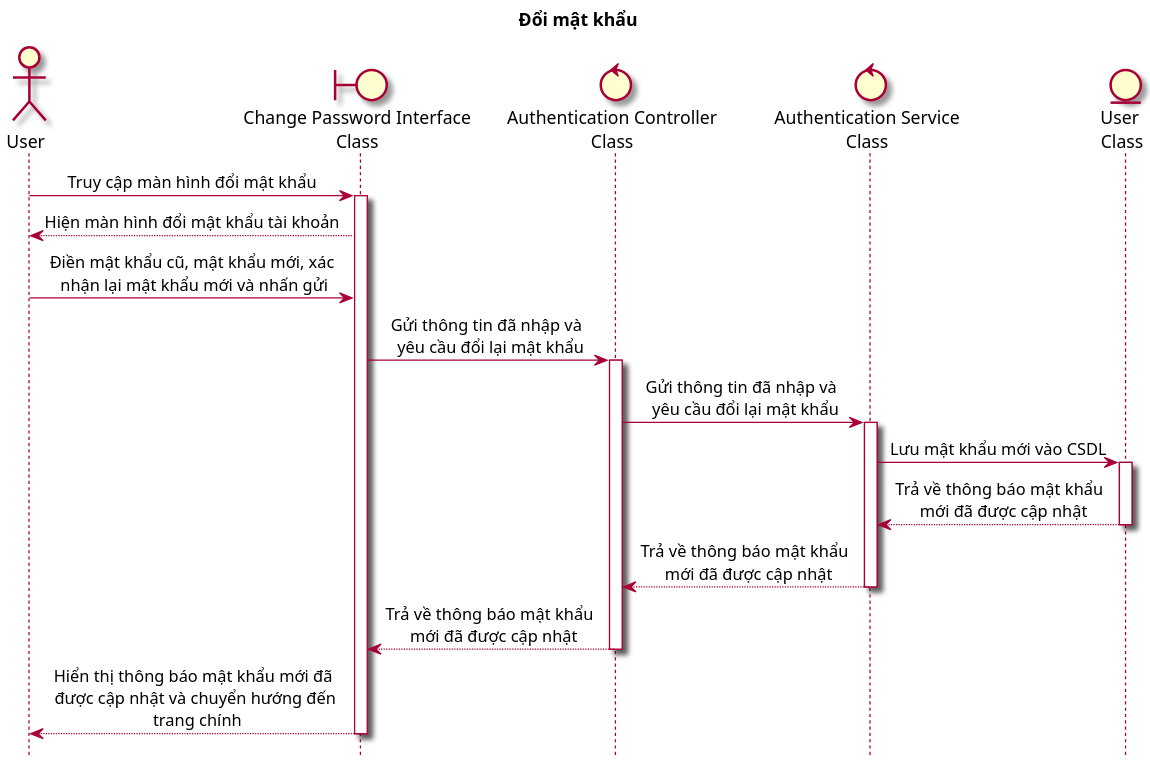
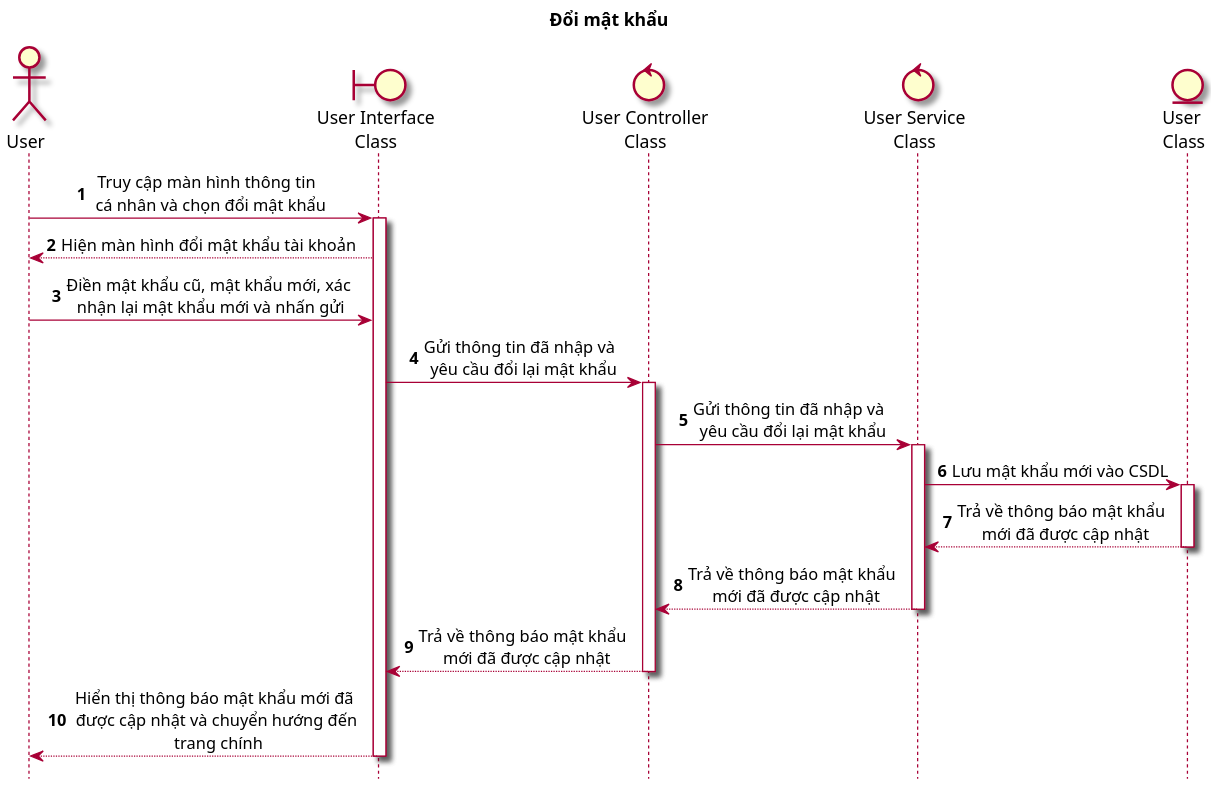
One commit to Griselda4774/WanderFun_Diagram changed the diagram in Sequence/SEQ04_ChangePassword.puml. Above: the diagram before and after it, drawn with PlantUML. The commit also changed 16 other files, not shown here.

Commit message:
Done Sequence task

```diff
--- a/Sequence/SEQ04_ChangePassword.puml
+++ b/Sequence/SEQ04_ChangePassword.puml
@@ -1,34 +1,36 @@
 @startuml SEQ04_changePassword
     title: Đổi mật khẩu
 
     skin rose
     scale 2
     skinparam sequenceMessageAlign center
     hide footbox
 
     actor "User" as user
-    boundary "Change Password Interface\nClass" as ui
-    control "Authentication Controller\nClass" as ctr
-    control "Authentication Service\nClass" as sv
+    boundary "User Interface\nClass" as ui
+    control "User Controller\nClass" as ctr
+    control "User Service\nClass" as sv
     entity "User \nClass" as ent
 
-    user -> ui: Truy cập màn hình đổi mật khẩu
+    autonumber
+
+    user -> ui: Truy cập màn hình thông tin \n cá nhân và chọn đổi mật khẩu
     ui ++
     ui --> user: Hiện màn hình đổi mật khẩu tài khoản
     user -> ui: Điền mật khẩu cũ, mật khẩu mới, xác\n nhận lại mật khẩu mới và nhấn gửi
     ui -> ctr: Gửi thông tin đã nhập và \n yêu cầu đổi lại mật khẩu
     ctr ++
     ctr -> sv: Gửi thông tin đã nhập và \n yêu cầu đổi lại mật khẩu
     sv ++
     sv -> ent: Lưu mật khẩu mới vào CSDL
     ent ++
     
     ent --> sv: Trả về thông báo mật khẩu \n mới đã được cập nhật
     ent --
     sv --> ctr: Trả về thông báo mật khẩu \n mới đã được cập nhật
     sv --
     ctr --> ui: Trả về thông báo mật khẩu \n mới đã được cập nhật
     ctr--
     ui --> user: Hiển thị thông báo mật khẩu mới đã \n được cập nhật và chuyển hướng đến \n trang chính
     ui --
 @enduml
```
